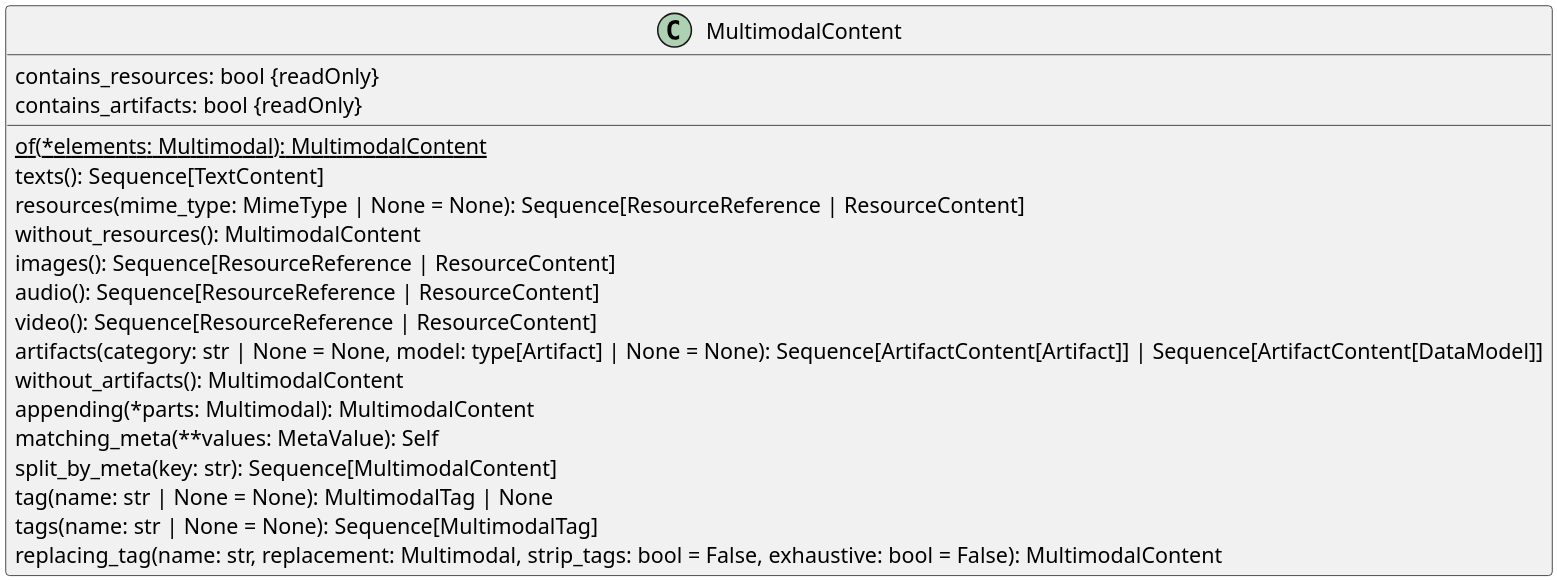
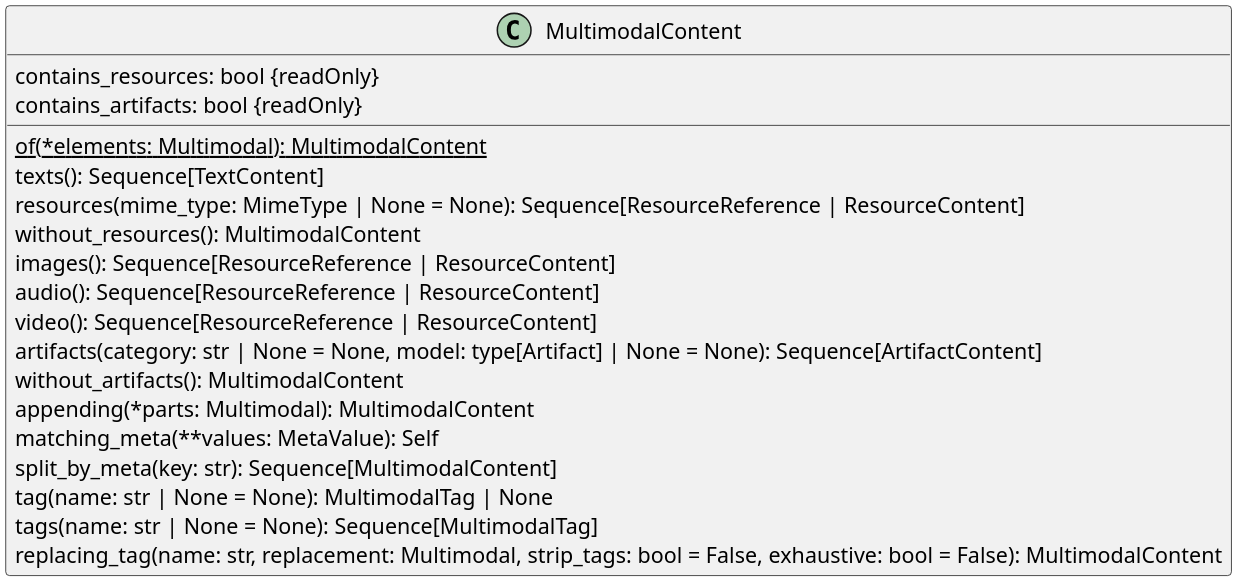
Before and after one commit to miquido/draive: the diagram in docs/diagrams/src/multimodal_content.puml, drawn with PlantUML. The commit also changed 202 other files, not shown here.

```diff
--- a/docs/diagrams/src/multimodal_content.puml
+++ b/docs/diagrams/src/multimodal_content.puml
@@ -1,24 +1,24 @@
 @startuml MultimodalContent
 skinparam dpi 300
 
 class MultimodalContent {
     contains_resources: bool {readOnly}
     contains_artifacts: bool {readOnly}
 
     {static}of(*elements: Multimodal): MultimodalContent
     texts(): Sequence[TextContent]
     resources(mime_type: MimeType | None = None): Sequence[ResourceReference | ResourceContent]
     without_resources(): MultimodalContent
     images(): Sequence[ResourceReference | ResourceContent]
     audio(): Sequence[ResourceReference | ResourceContent]
     video(): Sequence[ResourceReference | ResourceContent]
-    artifacts(category: str | None = None, model: type[Artifact] | None = None): Sequence[ArtifactContent[Artifact]] | Sequence[ArtifactContent[DataModel]]
+    artifacts(category: str | None = None, model: type[Artifact] | None = None): Sequence[ArtifactContent]
     without_artifacts(): MultimodalContent
     appending(*parts: Multimodal): MultimodalContent
     matching_meta(**values: MetaValue): Self
     split_by_meta(key: str): Sequence[MultimodalContent]
     tag(name: str | None = None): MultimodalTag | None
     tags(name: str | None = None): Sequence[MultimodalTag]
     replacing_tag(name: str, replacement: Multimodal, strip_tags: bool = False, exhaustive: bool = False): MultimodalContent
 }
 @enduml
```
